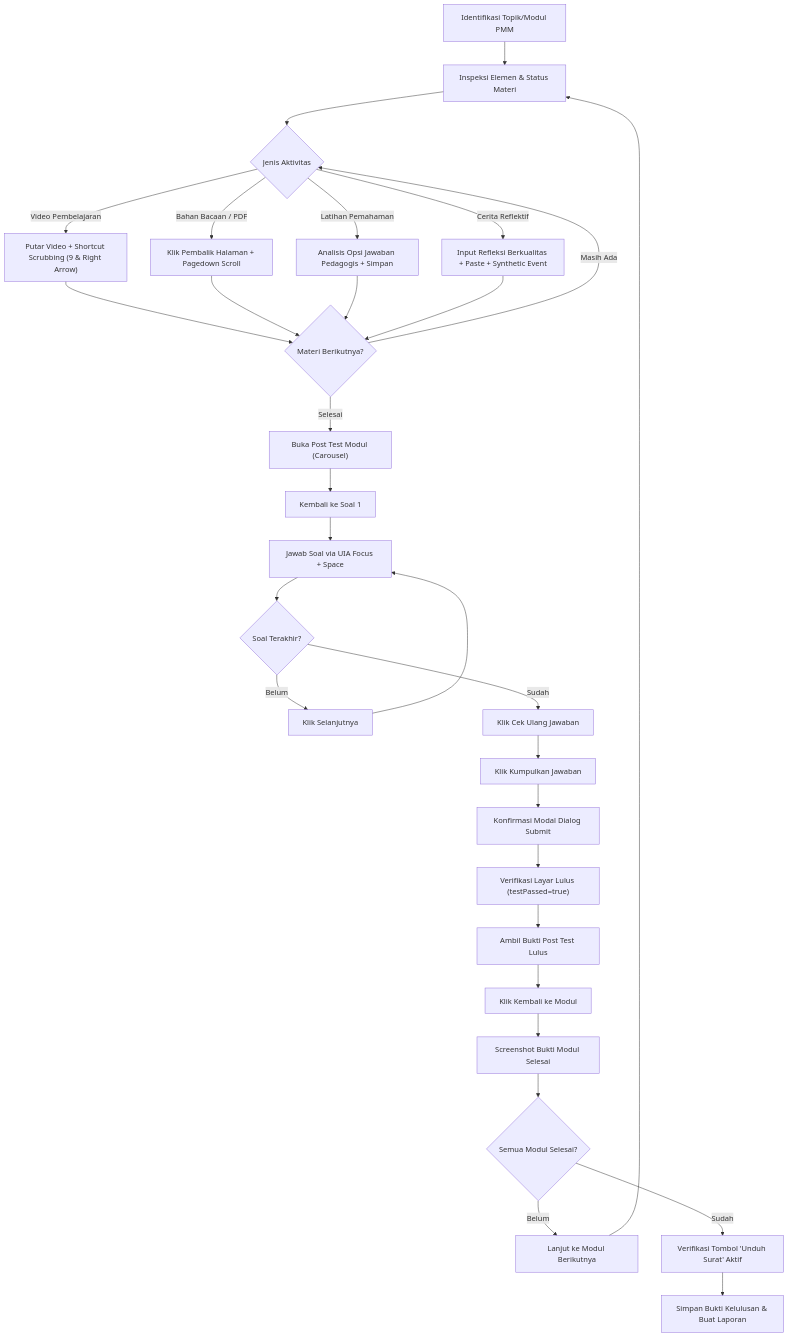
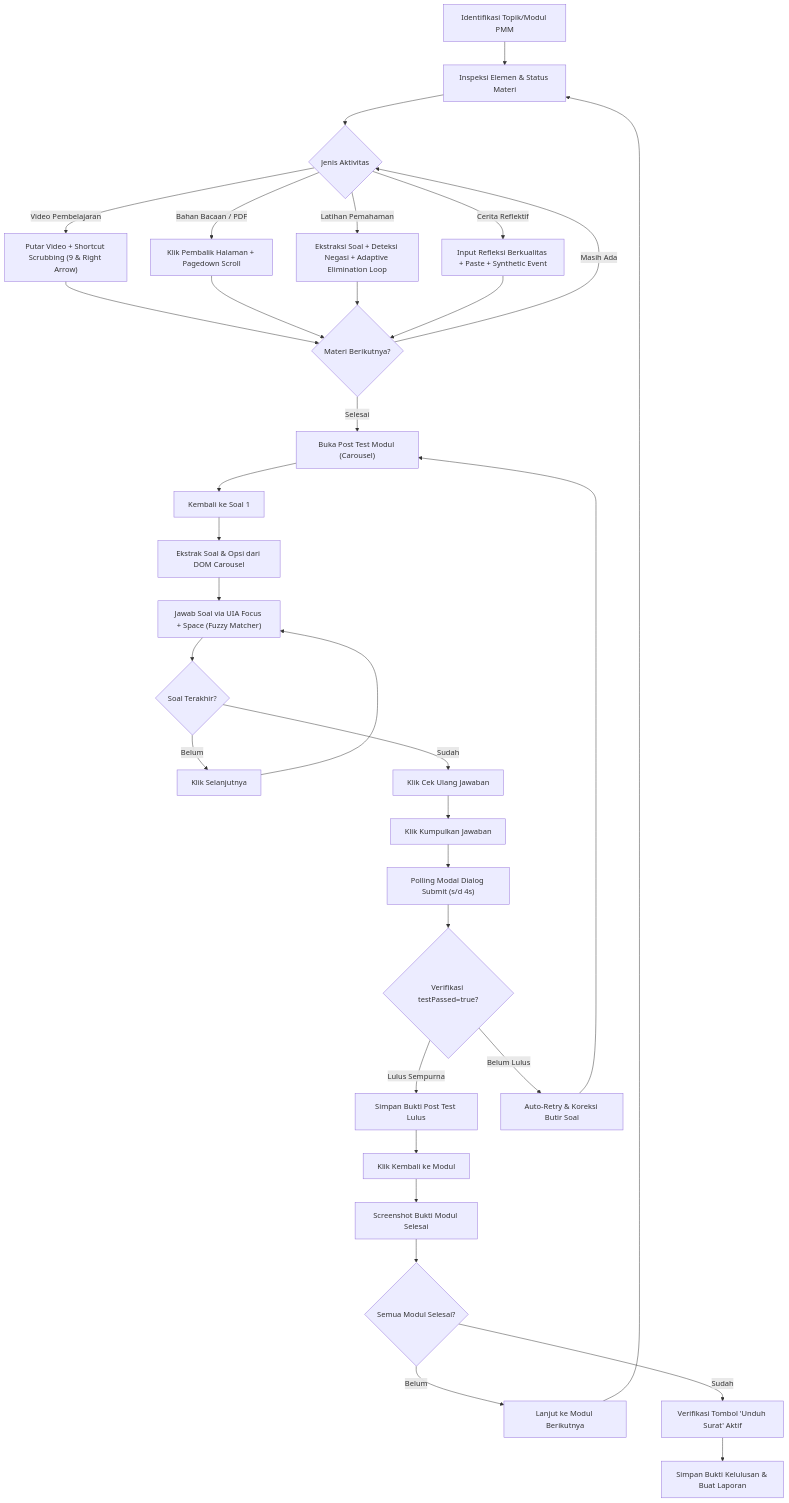
The diagram in SKILL.md (tirtandro/skill-agent-pelatihan), drawn with Mermaid before and after one commit. The commit also changed other lines of this file and 5 other files, not shown here.

Commit message:
fix(quiz,posttest): implement adaptive elimination loop, question negation detection, fuzzy option matching, and strict pass verification

````diff
--- a/SKILL.md
+++ b/SKILL.md
@@ -24,37 +25,39 @@
 ```mermaid
 flowchart TD
     Start["Identifikasi Topik/Modul PMM"] --> Inspect["Inspeksi Elemen & Status Materi"]
     Inspect --> Decision{"Jenis Aktivitas"}
     
     Decision -->|"Video Pembelajaran"| Video["Putar Video + Shortcut Scrubbing (9 & Right Arrow)"]
     Decision -->|"Bahan Bacaan / PDF"| Text["Klik Pembalik Halaman + Pagedown Scroll"]
-    Decision -->|"Latihan Pemahaman"| Quiz["Analisis Opsi Jawaban Pedagogis + Simpan"]
+    Decision -->|"Latihan Pemahaman"| Quiz["Ekstraksi Soal + Deteksi Negasi + Adaptive Elimination Loop"]
     Decision -->|"Cerita Reflektif"| Refleksi["Input Refleksi Berkualitas + Paste + Synthetic Event"]
     
     Video --> CheckMateri{"Materi Berikutnya?"}
     Text --> CheckMateri
     Quiz --> CheckMateri
     Refleksi --> CheckMateri
     
     CheckMateri -->|"Masih Ada"| Decision
     CheckMateri -->|"Selesai"| PostTest["Buka Post Test Modul (Carousel)"]
     
     PostTest --> Rewind["Kembali ke Soal 1"]
-    Rewind --> SolveQ["Jawab Soal via UIA Focus + Space"]
+    Rewind --> Harvest["Ekstrak Soal & Opsi dari DOM Carousel"]
+    Harvest --> SolveQ["Jawab Soal via UIA Focus + Space (Fuzzy Matcher)"]
     SolveQ --> NextQ{"Soal Terakhir?"}
     NextQ -->|"Belum"| ClickNext["Klik Selanjutnya"] --> SolveQ
     NextQ -->|"Sudah"| ReviewScreen["Klik Cek Ulang Jawaban"]
     
     ReviewScreen --> Kumpulkan["Klik Kumpulkan Jawaban"]
-    Kumpulkan --> ModalConfirm["Konfirmasi Modal Dialog Submit"]
-    ModalConfirm --> VerifyPass["Verifikasi Layar Lulus (testPassed=true)"]
-    VerifyPass --> ScreenshotPT["Ambil Bukti Post Test Lulus"]
+    Kumpulkan --> ModalConfirm["Polling Modal Dialog Submit (s/d 4s)"]
+    ModalConfirm --> VerifyPass{"Verifikasi testPassed=true?"}
+    VerifyPass -->|"Lulus Sempurna"| ScreenshotPT["Simpan Bukti Post Test Lulus"]
+    VerifyPass -->|"Belum Lulus"| AutoRetry["Auto-Retry & Koreksi Butir Soal"] --> PostTest
     ScreenshotPT --> BackModul["Klik Kembali ke Modul"]
     BackModul --> VerifyModul["Screenshot Bukti Modul Selesai"]
     
     VerifyModul --> CheckTopic{"Semua Modul Selesai?"}
     CheckTopic -->|"Belum"| NextModul["Lanjut ke Modul Berikutnya"]
     NextModul --> Inspect
     CheckTopic -->|"Sudah"| Final["Verifikasi Tombol 'Unduh Surat' Aktif"]
     Final --> ScreenshotFinal["Simpan Bukti Kelulusan & Buat Laporan"]
 ```
````
